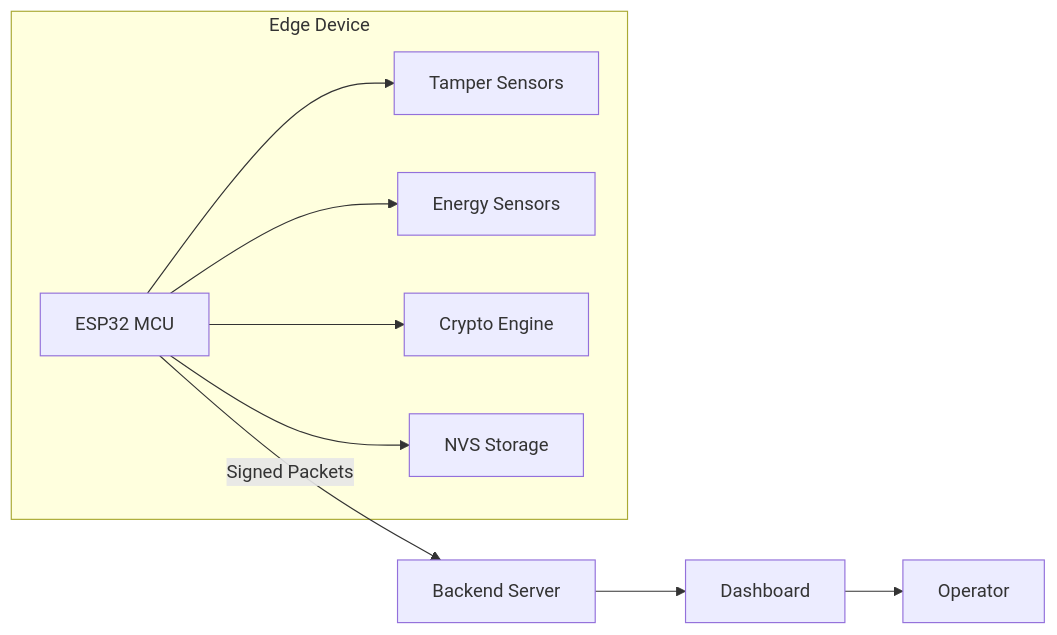
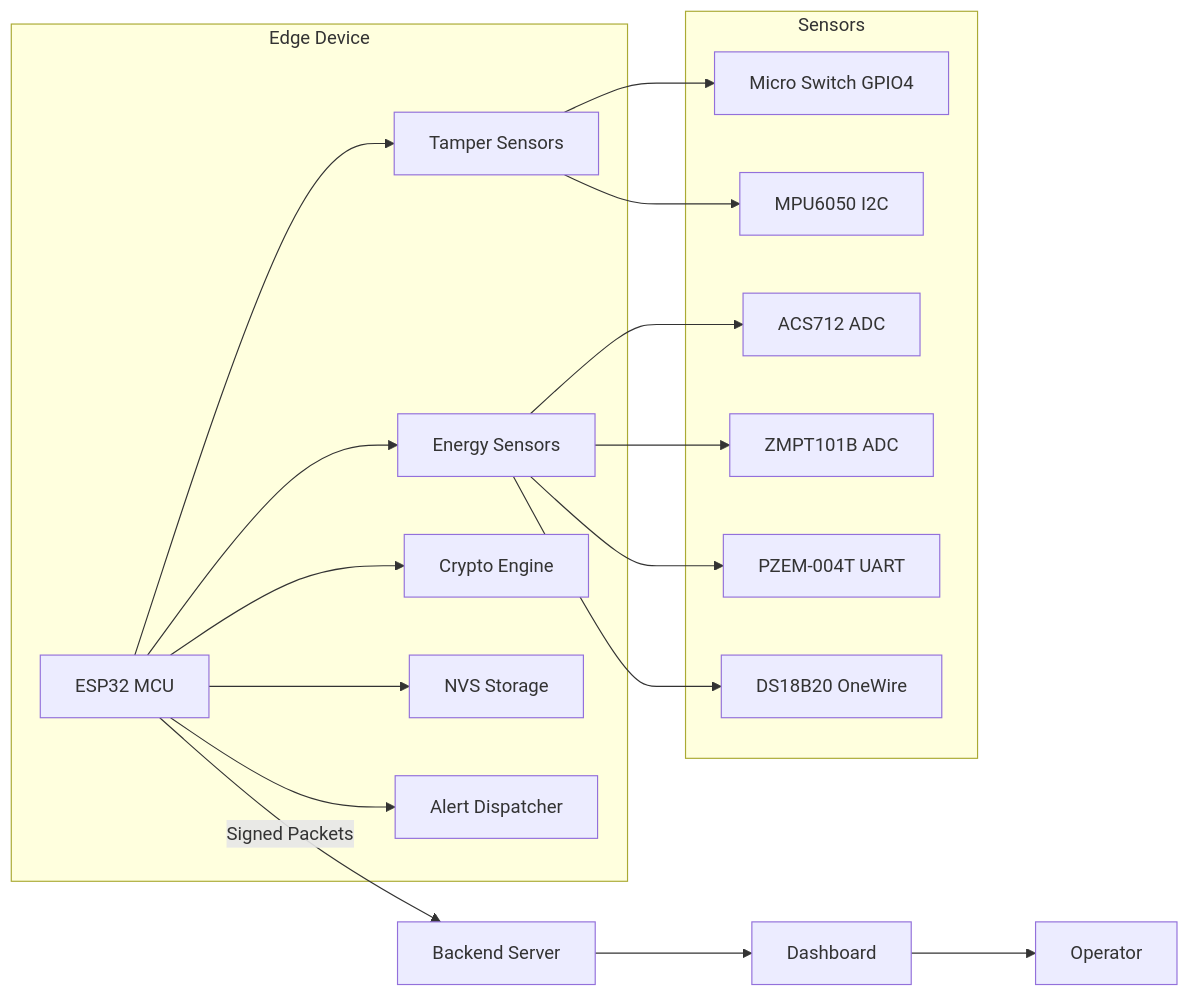
One commit to zuudevs/gridshield changed the diagram in docs/THREAT_MODEL.md. Above: the diagram before and after it, drawn with Mermaid. The commit also changed other lines of this file and 29 other files, not shown here.

````diff
--- a/docs/THREAT_MODEL.md
+++ b/docs/THREAT_MODEL.md
@@ -15,12 +15,21 @@
 ```mermaid
 graph LR
     subgraph Edge Device
         A[ESP32 MCU] --> B[Tamper Sensors]
         A --> C[Energy Sensors]
         A --> D[Crypto Engine]
         A --> E[NVS Storage]
+        A --> F2[Alert Dispatcher]
+    end
+    subgraph Sensors
+        B --> B1[Micro Switch GPIO4]
+        B --> B2[MPU6050 I2C]
+        C --> C1[ACS712 ADC]
+        C --> C2[ZMPT101B ADC]
+        C --> C3[PZEM-004T UART]
+        C --> C4[DS18B20 OneWire]
     end
     A -- Signed Packets --> F[Backend Server]
     F --> G[Dashboard]
     G --> H[Operator]
 ```
````
